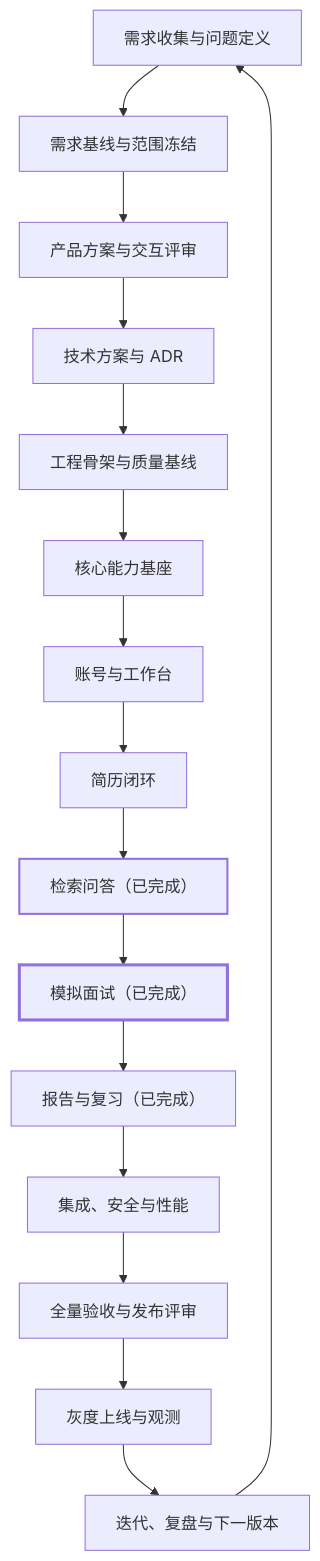
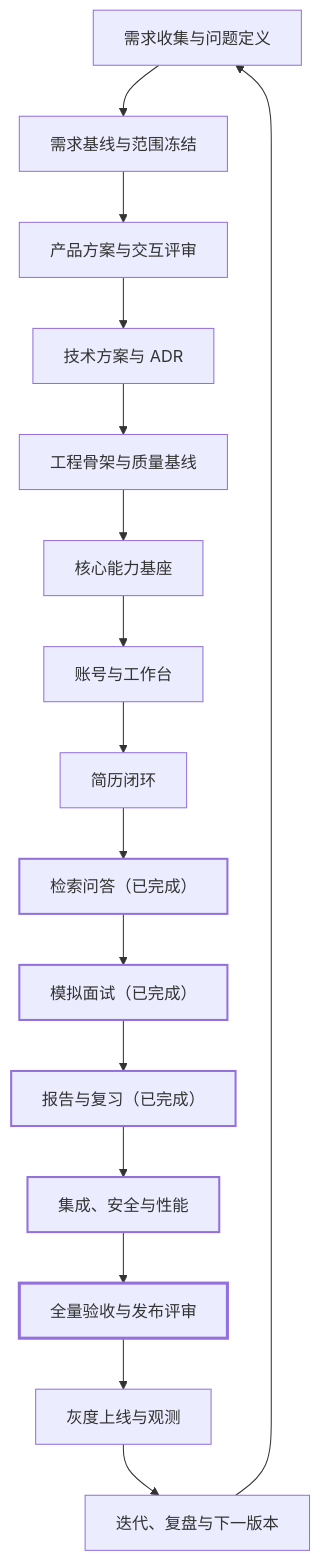
One commit to Rainloury/technical-interview-agent changed the diagram in docs/development-flow.md. Above: the diagram before and after it, drawn with Mermaid. The commit also changed other lines of this file and 7 other files, not shown here.

````diff
--- a/docs/development-flow.md
+++ b/docs/development-flow.md
@@ -43,23 +43,26 @@
 ```mermaid
 flowchart TD
     A["需求收集与问题定义"] --> B["需求基线与范围冻结"]
     B --> C["产品方案与交互评审"]
     C --> D["技术方案与 ADR"]
     D --> E["工程骨架与质量基线"]
     E --> F["核心能力基座"]
     F --> G["账号与工作台"]
     G --> H["简历闭环"]
     H --> I["检索问答（已完成）"]
     I --> J["模拟面试（已完成）"]
     J --> K["报告与复习（已完成）"]
     K --> L["集成、安全与性能"]
     L --> M["全量验收与发布评审"]
     M --> N["灰度上线与观测"]
     N --> O["迭代、复盘与下一版本"]
     O --> A
 
     classDef current stroke-width:3px;
     classDef completed stroke-width:2px;
     class I completed;
-    class J current;
+    class J completed;
+    class K completed;
+    class L completed;
+    class M current;
 ```
````
